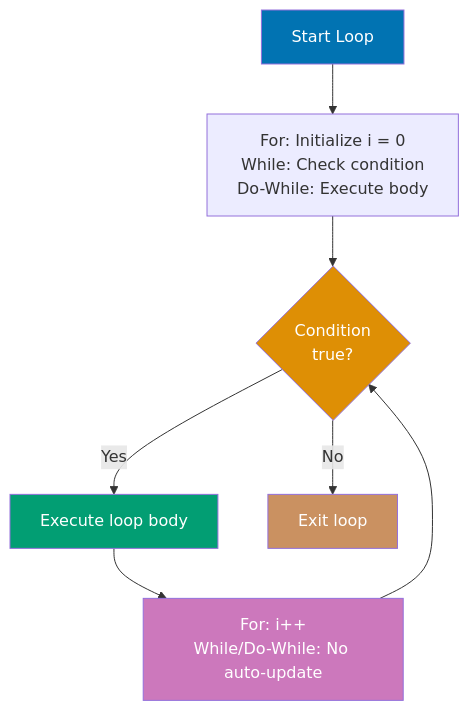
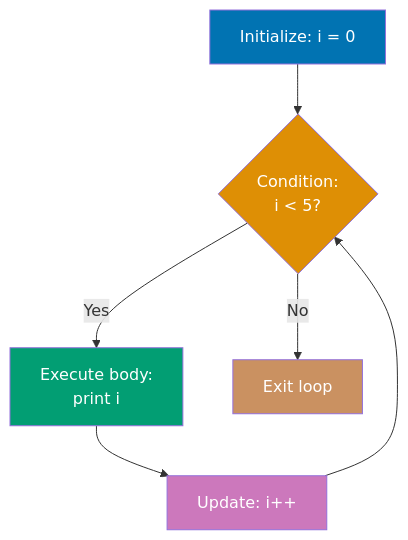
The third of 10 diagrams in apps/ayokoding-web/content/en/learn/software-engineering/programming-languages/java/by-example/beginner.md (wahidyankf/open-sharia-enterprise), drawn with Mermaid before and after one commit. The commit also changed other lines of this file and 37 other files, not shown here.

````diff
--- a/apps/ayokoding-web/content/en/learn/software-engineering/programming-languages/java/by-example/beginner.md
+++ b/apps/ayokoding-web/content/en/learn/software-engineering/programming-languages/java/by-example/beginner.md
@@ -232,16 +214,15 @@
 ```mermaid
 %% Color Palette: Blue #0173B2, Orange #DE8F05, Teal #029E73, Purple #CC78BC, Brown #CA9161
 graph TD
-    Start["Start Loop"] --> Init["For: Initialize i = 0<br/>While: Check condition<br/>Do-While: Execute body"]
-    Init --> Check{"Condition<br/>true?"}
-    Check -->|Yes| Body["Execute loop body"]
-    Body --> Update["For: i++<br/>While/Do-While: No auto-update"]
+    Init["Initialize: i = 0"] --> Check{"Condition:<br/>i < 5?"}
+    Check -->|Yes| Body["Execute body:<br/>print i"]
+    Body --> Update["Update: i++"]
     Update --> Check
     Check -->|No| End["Exit loop"]
 
-    style Start fill:#0173B2,color:#fff
+    style Init fill:#0173B2,color:#fff
     style Check fill:#DE8F05,color:#fff
     style Body fill:#029E73,color:#fff
     style Update fill:#CC78BC,color:#fff
     style End fill:#CA9161,color:#fff
 ```
````
